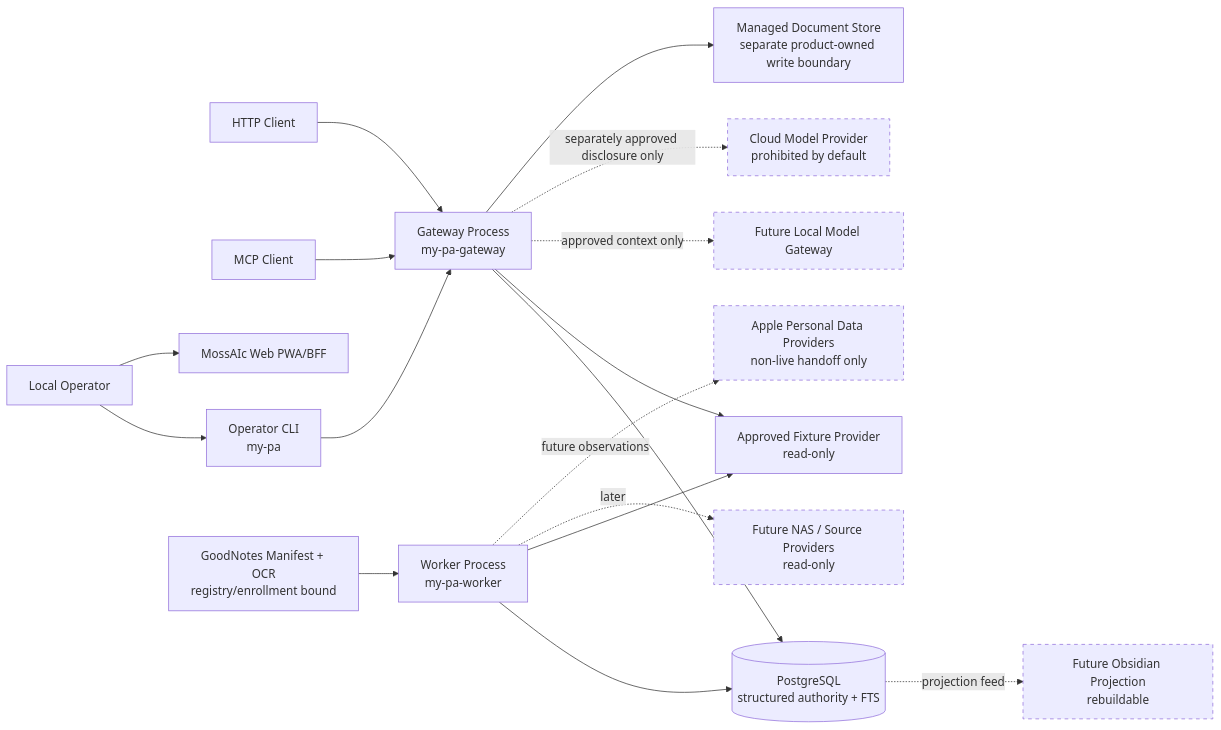
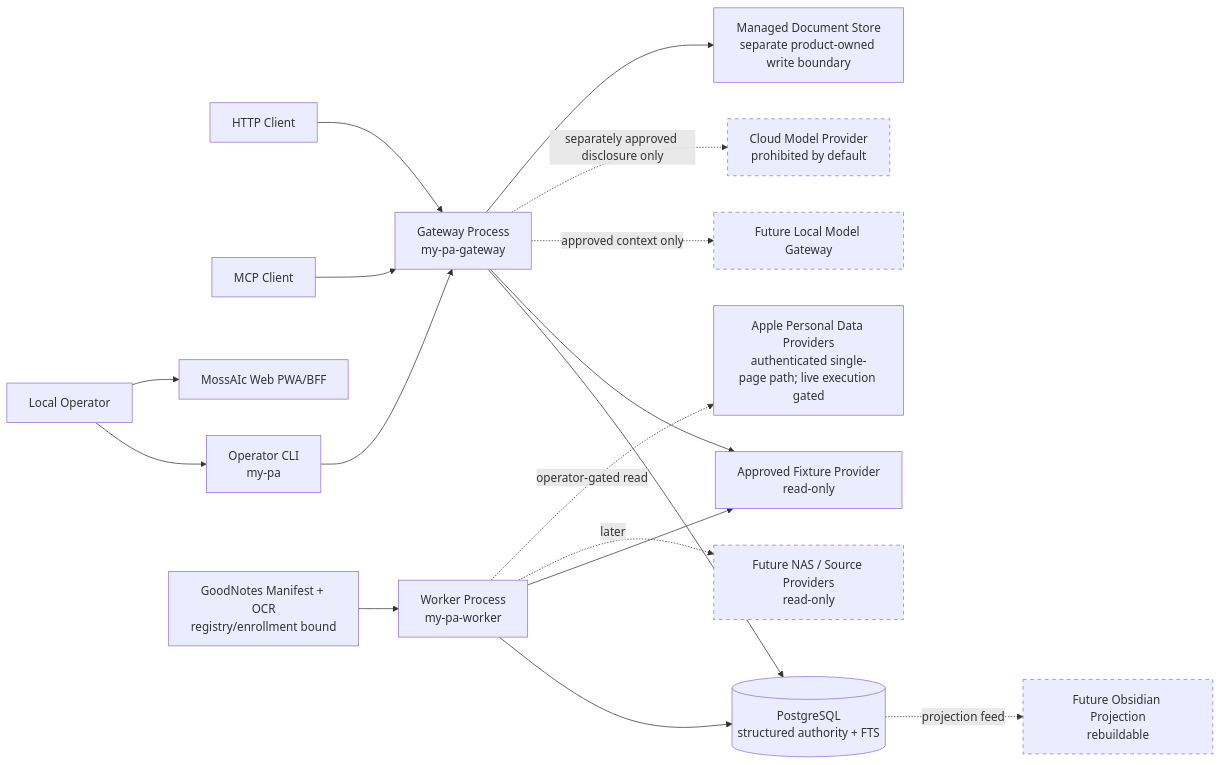
The first of 3 diagrams in docs/architecture/system-context.md (RMF112018/my-pa), drawn with Mermaid before and after one commit. The commit also changed 11 other files, not shown here.

````diff
--- a/docs/architecture/system-context.md
+++ b/docs/architecture/system-context.md
@@ -121,41 +121,41 @@
 ```mermaid
 flowchart LR
     OP[Local Operator]
     HC[HTTP Client]
     MC[MCP Client]
     CLI[Operator CLI\nmy-pa]
     GW[Gateway Process\nmy-pa-gateway]
     WK[Worker Process\nmy-pa-worker]
     DB[(PostgreSQL\nstructured authority + FTS)]
     FP[Approved Fixture Provider\nread-only]
     NAS[Future NAS / Source Providers\nread-only]
     LM[Future Local Model Gateway]
     CM[Cloud Model Provider\nprohibited by default]
     MD[Managed Document Store\nseparate product-owned write boundary]
     OB[Future Obsidian Projection\nrebuildable]
-    PC[Apple Personal Data Providers\nnon-live handoff only]
+    PC[Apple Personal Data Providers\nauthenticated single-page path; live execution gated]
     WEB[MossAIc Web PWA/BFF]
     GN[GoodNotes Manifest + OCR\nregistry/enrollment bound]
 
 
     OP --> CLI
     OP --> WEB
     HC --> GW
     MC --> GW
     CLI --> GW
     GW --> DB
     WK --> DB
     WK --> FP
     GW --> FP
     WK -. later .-> NAS
     GW -. approved context only .-> LM
     GW -. separately approved disclosure only .-> CM
     GW --> MD
     DB -. projection feed .-> OB
-    WK -. future observations .-> PC
+    WK -. operator-gated read .-> PC
     GN --> WK
 
 
     classDef excluded stroke-dasharray: 5 5;
-    class CM,OB,PC,NAS,LM excluded;
+    class CM,OB,NAS,LM excluded;
 ```
````
